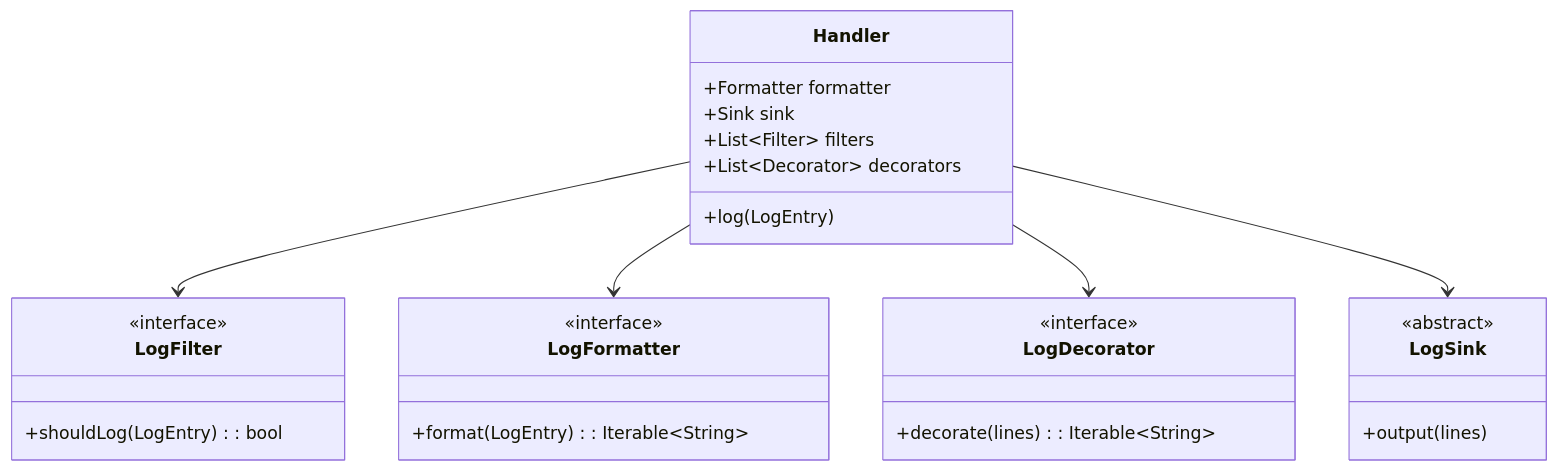
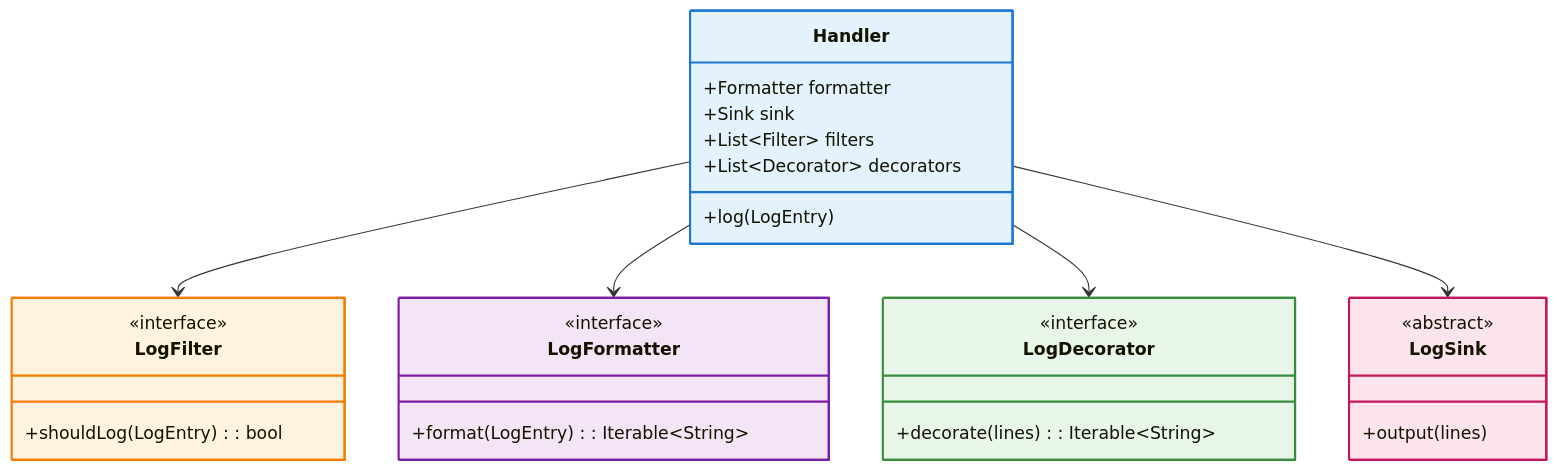
The second of 2 diagrams in docs/handler/architecture.md (pooriaaskarim/logd), drawn with Mermaid before and after one commit. The commit also changed other lines of this file and 5 other files, not shown here.

First line of the commit message:
Docs: Refactor documentation structure and add diagrams

````diff
--- a/docs/handler/architecture.md
+++ b/docs/handler/architecture.md
@@ -59,35 +65,41 @@
 ```mermaid
 classDiagram
     class Handler {
         +Formatter formatter
         +Sink sink
         +List~Filter~ filters
         +List~Decorator~ decorators
         +log(LogEntry)
     }
     
     class LogFilter {
         <<interface>>
         +shouldLog(LogEntry): bool
     }
     
     class LogFormatter {
         <<interface>>
         +format(LogEntry): Iterable~String~
     }
     
     class LogDecorator {
         <<interface>>
         +decorate(lines): Iterable~String~
     }
     
     class LogSink {
         <<abstract>>
         +output(lines)
     }
 
     Handler --> LogFilter
     Handler --> LogFormatter
     Handler --> LogDecorator
     Handler --> LogSink
+    
+    style Handler fill:#e3f2fd,stroke:#1976d2,stroke-width:2px
+    style LogFilter fill:#fff3e0,stroke:#f57c00,stroke-width:2px
+    style LogFormatter fill:#f3e5f5,stroke:#7b1fa2,stroke-width:2px
+    style LogDecorator fill:#e8f5e9,stroke:#388e3c,stroke-width:2px
+    style LogSink fill:#fce4ec,stroke:#c2185b,stroke-width:2px
 ```
````
